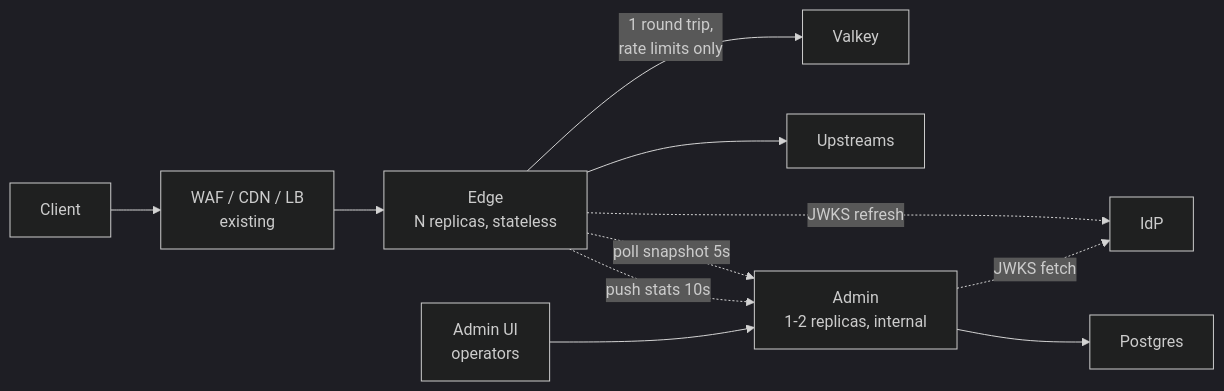
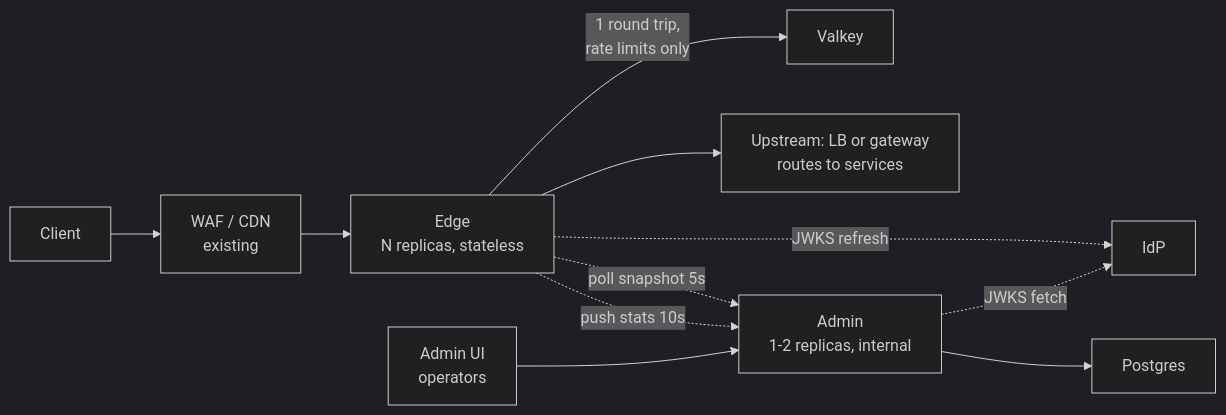
The first of 4 diagrams in docs/design.md (chrisleekr/edge-proxy), drawn with Mermaid (dark theme) before and after one commit. The commit also changed other lines of this file and 39 other files, not shown here.

````diff
--- a/docs/design.md
+++ b/docs/design.md
@@ -48,13 +48,13 @@
 ```mermaid
 flowchart LR
-    CLIENT["Client"] --> FRONT["WAF / CDN / LB<br/>existing"]
+    CLIENT["Client"] --> FRONT["WAF / CDN<br/>existing"]
     FRONT --> EDGE["Edge<br/>N replicas, stateless"]
     EDGE -->|"1 round trip,<br/>rate limits only"| VK["Valkey"]
-    EDGE --> UP["Upstreams"]
+    EDGE --> UP["Upstream: LB or gateway<br/>routes to services"]
     EDGE -.->|"poll snapshot 5s"| ADMIN["Admin<br/>1-2 replicas, internal"]
     EDGE -.->|"push stats 10s"| ADMIN
     EDGE -.->|"JWKS refresh"| IDP["IdP"]
     UI["Admin UI<br/>operators"] --> ADMIN
     ADMIN --> PG["Postgres"]
     ADMIN -.->|"JWKS fetch"| IDP
 ```
````
